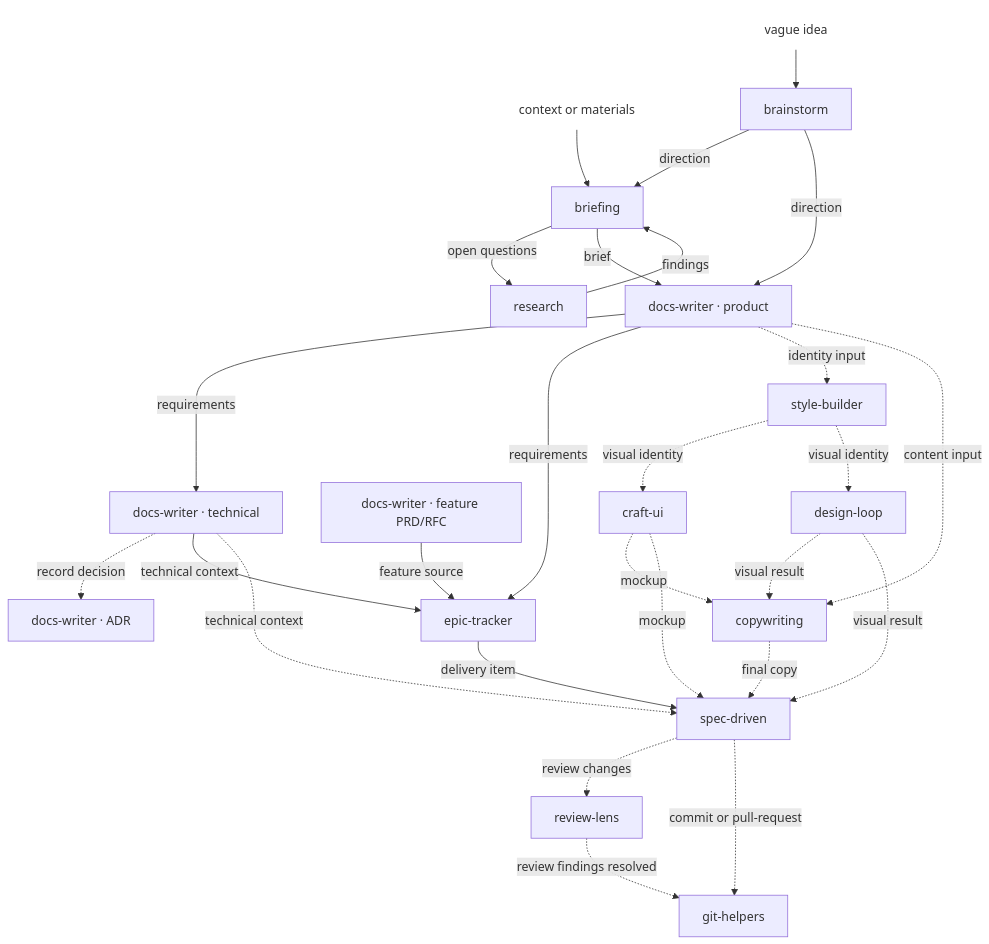
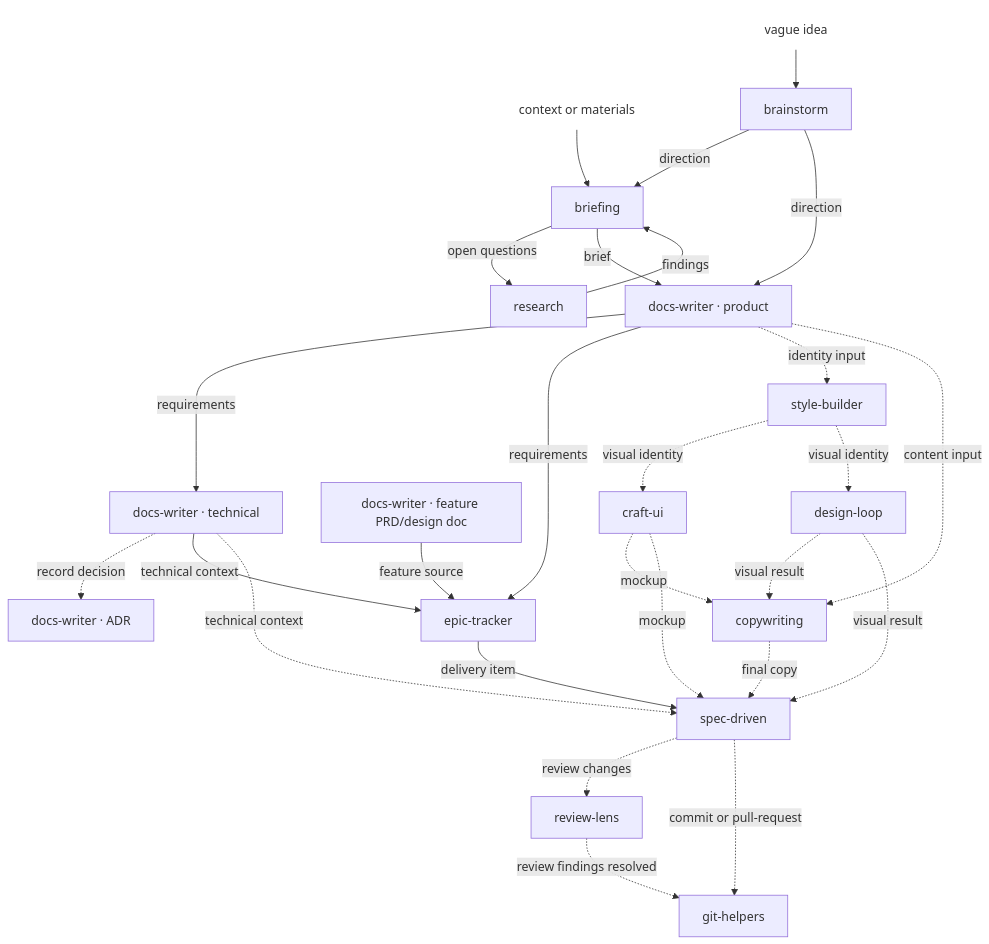
The diagram in README.md (adeonir/agent-skills), drawn with Mermaid before and after one commit. The commit also changed other lines of this file, not shown here.

Commit message:
docs: sort the output structure tree and replace feature RFC with design doc

````diff
--- a/README.md
+++ b/README.md
@@ -67,33 +67,33 @@
 ```mermaid
 flowchart TD
     CTX["context or materials"]:::plain --> BF[briefing]
     IDEA["vague idea"]:::plain --> BR[brainstorm]
     BR -->|direction| BF
     BF -->|open questions| RS[research]
     RS -->|findings| BF
     BF -->|brief| DW_P[docs-writer · product]
     BR -->|direction| DW_P
     DW_P -->|requirements| DW_T[docs-writer · technical]
     DW_T -.->|record decision| DW_A[docs-writer · ADR]
     DW_P -->|requirements| ET[epic-tracker]
-    DW_F[docs-writer · feature PRD/RFC] -->|feature source| ET
+    DW_F[docs-writer · feature PRD/design doc] -->|feature source| ET
     DW_T -->|technical context| ET
 
     DW_P -.->|identity input| SB[style-builder]
     SB -.->|visual identity| CU[craft-ui]
     SB -.->|visual identity| DL[design-loop]
     DW_P -.->|content input| CW[copywriting]
     CU -.->|mockup| CW
     DL -.->|visual result| CW
 
     ET -->|delivery item| SD[spec-driven]
     DW_T -.->|technical context| SD
     CU -.->|mockup| SD
     DL -.->|visual result| SD
     CW -.->|final copy| SD
 
     SD -.->|review changes| RL[review-lens]
     SD -.->|commit or pull-request| GH[git-helpers]
     RL -.->|review findings resolved| GH
     classDef plain fill:transparent,stroke:transparent
 ```
````
